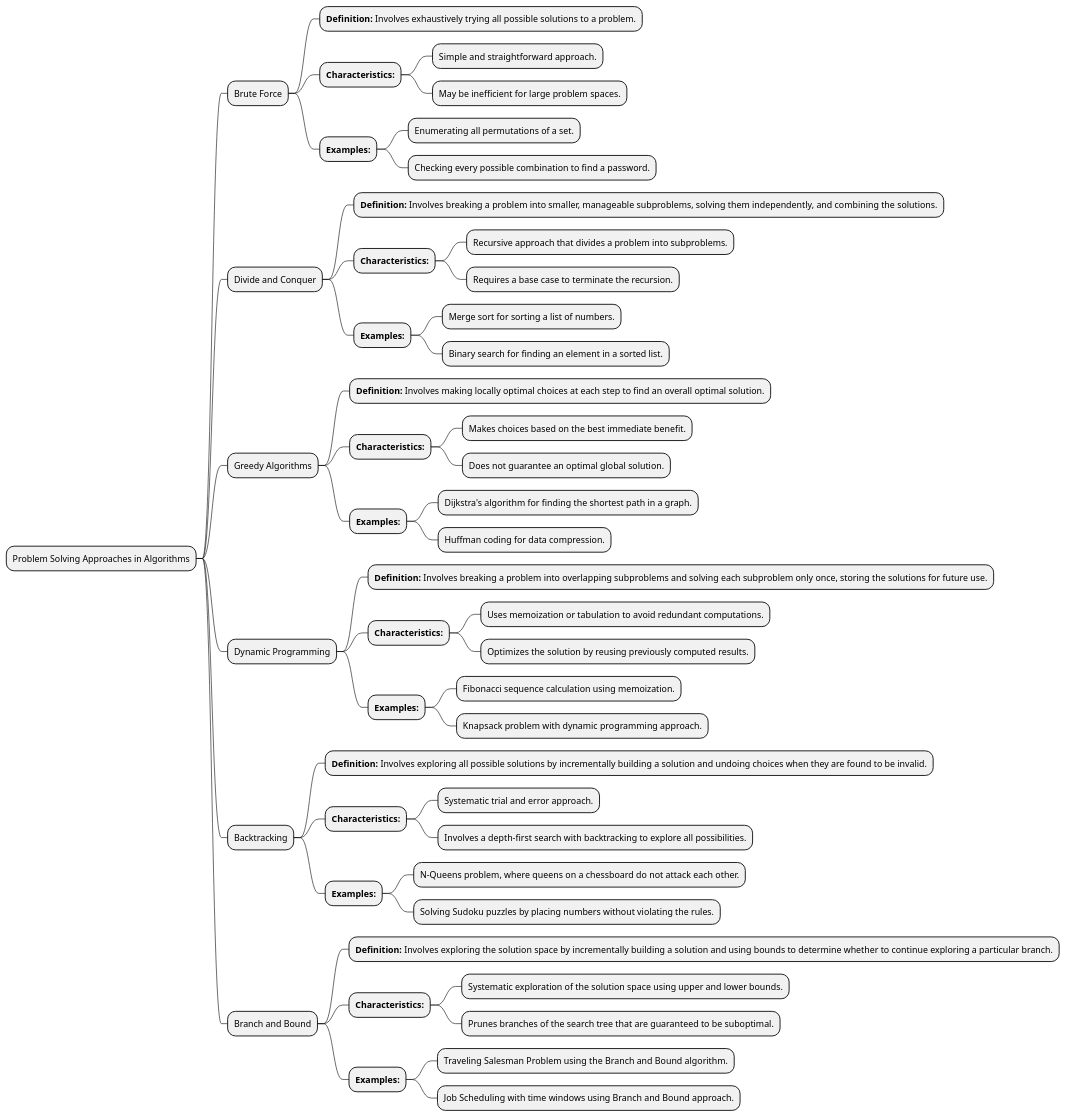
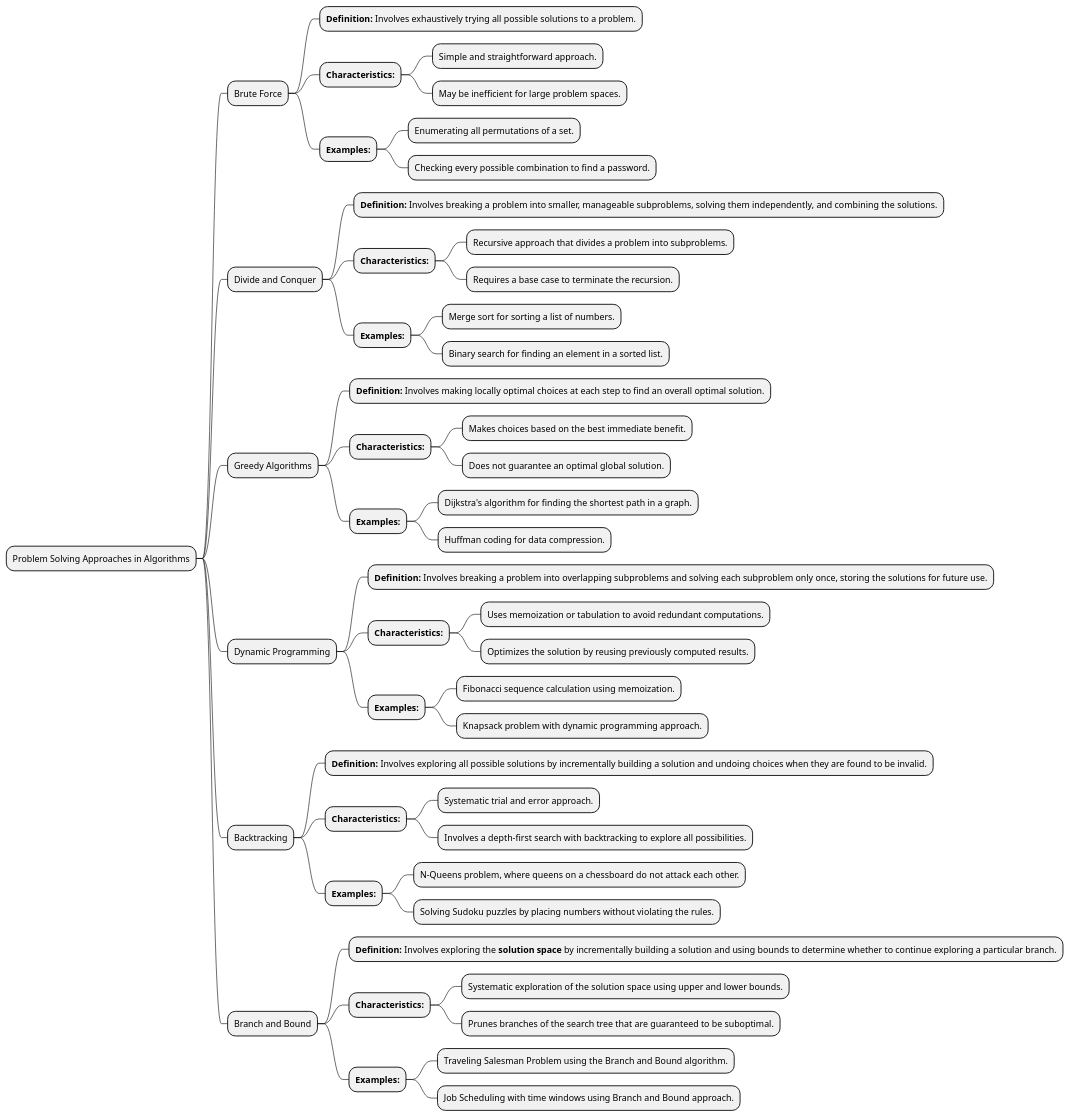
One commit to MehmoodHashmi/Documentation-as-Code-DaC changed the diagram in docs/books/1-books-backlog/data-structure-and-algorithm/Problem-Solving-Approaches-in-Algorithms.puml. Above: the diagram before and after it, drawn with PlantUML. The commit also changed 4 other files, not shown here.

```diff
--- a/docs/books/1-books-backlog/data-structure-and-algorithm/Problem-Solving-Approaches-in-Algorithms.puml
+++ b/docs/books/1-books-backlog/data-structure-and-algorithm/Problem-Solving-Approaches-in-Algorithms.puml
@@ -1,51 +1,51 @@
 @startmindmap
 * Problem Solving Approaches in Algorithms
 ** Brute Force
 *** **Definition:** Involves exhaustively trying all possible solutions to a problem.
 *** **Characteristics:**
 **** Simple and straightforward approach.
 **** May be inefficient for large problem spaces.
 *** **Examples:**
 **** Enumerating all permutations of a set.
 **** Checking every possible combination to find a password.
 ** Divide and Conquer
 *** **Definition:** Involves breaking a problem into smaller, manageable subproblems, solving them independently, and combining the solutions.
 *** **Characteristics:**
 **** Recursive approach that divides a problem into subproblems.
 **** Requires a base case to terminate the recursion.
 *** **Examples:**
 **** Merge sort for sorting a list of numbers.
 **** Binary search for finding an element in a sorted list.
 ** Greedy Algorithms
 *** **Definition:** Involves making locally optimal choices at each step to find an overall optimal solution.
 *** **Characteristics:**
 **** Makes choices based on the best immediate benefit.
 **** Does not guarantee an optimal global solution.
 *** **Examples:**
 **** Dijkstra's algorithm for finding the shortest path in a graph.
 **** Huffman coding for data compression.
 ** Dynamic Programming
 *** **Definition:** Involves breaking a problem into overlapping subproblems and solving each subproblem only once, storing the solutions for future use.
 *** **Characteristics:**
 **** Uses memoization or tabulation to avoid redundant computations.
 **** Optimizes the solution by reusing previously computed results.
 *** **Examples:**
 **** Fibonacci sequence calculation using memoization.
 **** Knapsack problem with dynamic programming approach.
 ** Backtracking
 *** **Definition:** Involves exploring all possible solutions by incrementally building a solution and undoing choices when they are found to be invalid.
 *** **Characteristics:**
 **** Systematic trial and error approach.
 **** Involves a depth-first search with backtracking to explore all possibilities.
 *** **Examples:**
 **** N-Queens problem, where queens on a chessboard do not attack each other.
 **** Solving Sudoku puzzles by placing numbers without violating the rules.
 ** Branch and Bound
-*** **Definition:** Involves exploring the solution space by incrementally building a solution and using bounds to determine whether to continue exploring a particular branch.
+*** **Definition:** Involves exploring the **solution space** by incrementally building a solution and using bounds to determine whether to continue exploring a particular branch.
 *** **Characteristics:**
 **** Systematic exploration of the solution space using upper and lower bounds.
 **** Prunes branches of the search tree that are guaranteed to be suboptimal.
 *** **Examples:**
 **** Traveling Salesman Problem using the Branch and Bound algorithm.
 **** Job Scheduling with time windows using Branch and Bound approach.
 @endmindmap
```
